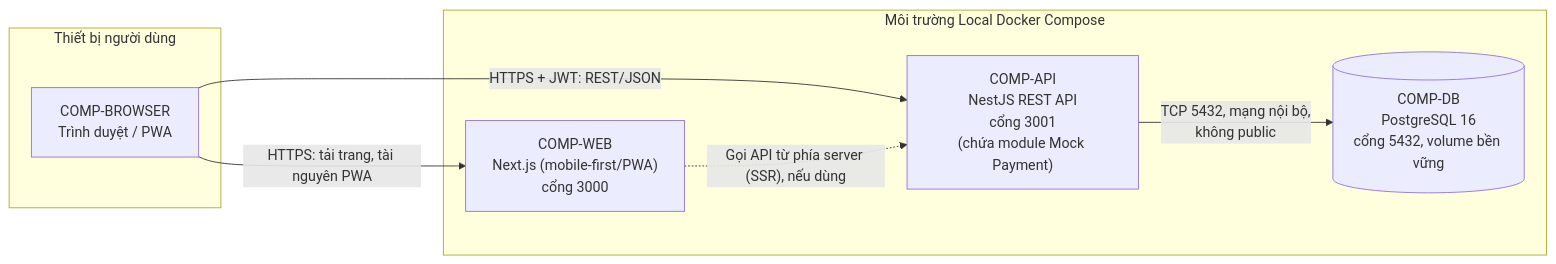
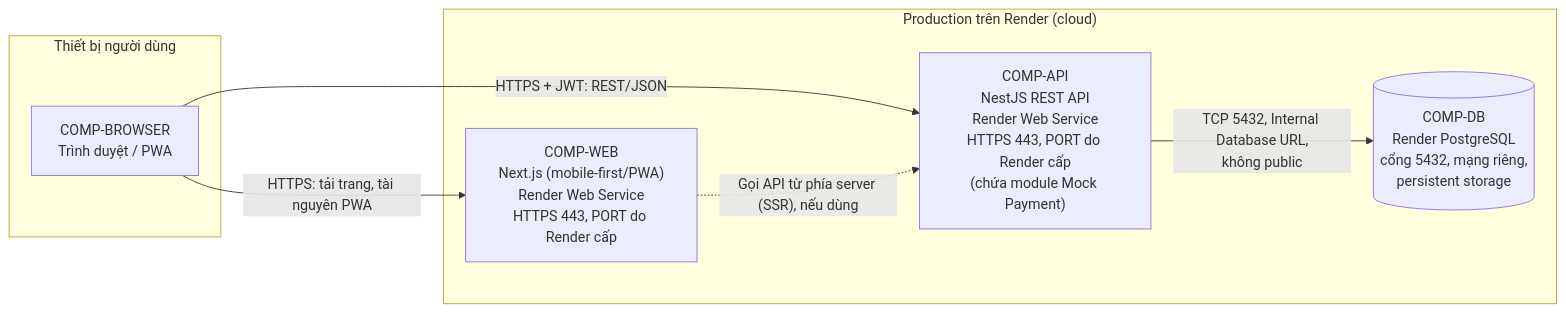
One commit to lmhau68/BrewLite2 changed the second of 3 diagrams in docs/architecture/architecture.md. Above: the diagram before and after it, drawn with Mermaid. The commit also changed other lines of this file and 3 other files, not shown here.

Commit message:
docs: Chuyển triển khai production sang Render (ADR-006)

````diff
--- a/docs/architecture/architecture.md
+++ b/docs/architecture/architecture.md
@@ -36,17 +36,17 @@
 ```mermaid
 flowchart LR
     subgraph USER["Thiết bị người dùng"]
         BROWSER["COMP-BROWSER<br/>Trình duyệt / PWA"]
     end
 
-    subgraph PROD["Môi trường Local Docker Compose"]
-        WEB["COMP-WEB<br/>Next.js (mobile-first/PWA)<br/>cổng 3000"]
-        API["COMP-API<br/>NestJS REST API<br/>cổng 3001<br/>(chứa module Mock Payment)"]
-        DB[("COMP-DB<br/>PostgreSQL 16<br/>cổng 5432, volume bền vững")]
+    subgraph PROD["Production trên Render (cloud)"]
+        WEB["COMP-WEB<br/>Next.js (mobile-first/PWA)<br/>Render Web Service<br/>HTTPS 443, PORT do Render cấp"]
+        API["COMP-API<br/>NestJS REST API<br/>Render Web Service<br/>HTTPS 443, PORT do Render cấp<br/>(chứa module Mock Payment)"]
+        DB[("COMP-DB<br/>Render PostgreSQL<br/>cổng 5432, mạng riêng,<br/>persistent storage")]
     end
 
     BROWSER -->|"HTTPS: tải trang, tài nguyên PWA"| WEB
     BROWSER -->|"HTTPS + JWT: REST/JSON"| API
     WEB -.->|"Gọi API từ phía server (SSR), nếu dùng"| API
-    API -->|"TCP 5432, mạng nội bộ,<br/>không public"| DB
+    API -->|"TCP 5432, Internal Database URL,<br/>không public"| DB
 ```
````
